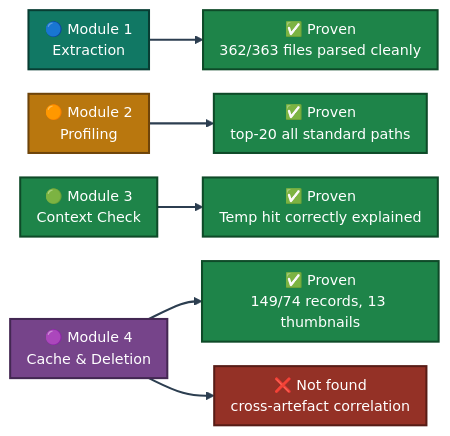
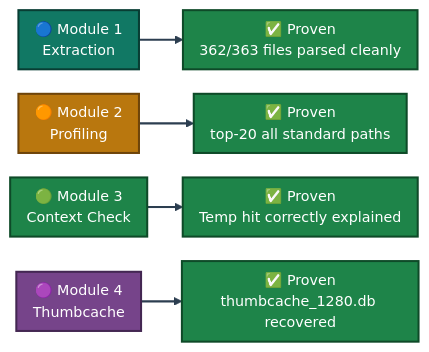
Before and after one commit to malaika-azhar/Cybersecurity-Lab-Projects: the second of 3 diagrams in 3-Advanced-Cyber-Projects/project-16-windows-artifacts-prefetch/README.md, drawn with Mermaid. The commit also changed other lines of this file, not shown here.

````diff
--- a/3-Advanced-Cyber-Projects/project-16-windows-artifacts-prefetch/README.md
+++ b/3-Advanced-Cyber-Projects/project-16-windows-artifacts-prefetch/README.md
@@ -264,16 +230,14 @@
 ```mermaid
 %%{init: {'theme': 'base', 'themeVariables': {'fontSize': '14px'}, 'flowchart': {'nodeSpacing': 24, 'rankSpacing': 34, 'padding': 8}}}%%
 flowchart LR
     M1["🔵 Module 1<br/>Extraction"]:::m1 --> P1["✅ Proven<br/>362/363 files parsed cleanly"]:::ok
     M2["🟠 Module 2<br/>Profiling"]:::m2 --> P2["✅ Proven<br/>top-20 all standard paths"]:::ok
     M3["🟢 Module 3<br/>Context Check"]:::m3 --> P3["✅ Proven<br/>Temp hit correctly explained"]:::ok
-    M4["🟣 Module 4<br/>Cache & Deletion"]:::m4 --> P4["✅ Proven<br/>149/74 records, 13 thumbnails"]:::ok
-    M4 --> N4["❌ Not found<br/>cross-artefact correlation"]:::bad
+    M4["🟣 Module 4<br/>Thumbcache"]:::m4 --> P4["✅ Proven<br/>thumbcache_1280.db recovered"]:::ok
     classDef m1 fill:#117864,stroke:#083D33,stroke-width:2px,color:#FFFFFF
     classDef m2 fill:#B9770E,stroke:#6E4409,stroke-width:2px,color:#FFFFFF
     classDef m3 fill:#1E8449,stroke:#0E4A28,stroke-width:2px,color:#FFFFFF
     classDef m4 fill:#76448A,stroke:#432752,stroke-width:2px,color:#FFFFFF
     classDef ok fill:#1E8449,stroke:#0E4A28,stroke-width:2px,color:#FFFFFF
-    classDef bad fill:#943126,stroke:#571C16,stroke-width:2px,color:#FFFFFF
     linkStyle default stroke:#2C3E50,stroke-width:2px
 ```
````
